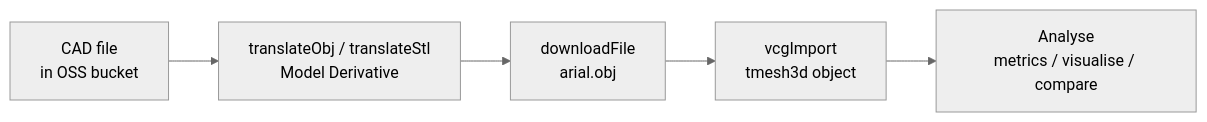
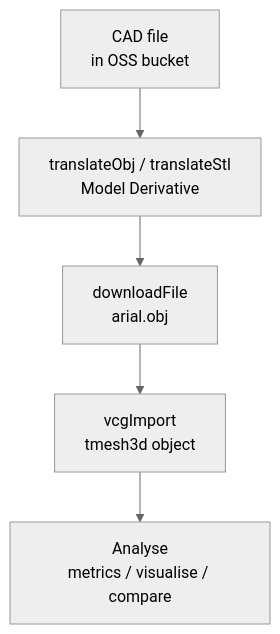
One commit to paulgovan/AutoDeskR-Book changed the diagram in mesh-reading.qmd. Above: the diagram before and after it, drawn with Mermaid (neutral theme). The commit also changed 158 other files, not shown here.

````diff
--- a/mesh-reading.qmd
+++ b/mesh-reading.qmd
@@ -9,8 +9,8 @@
 ```{mermaid}
 %%| fig-width: 4.5
-flowchart LR
+flowchart TB
   A[CAD file\nin OSS bucket] --> B[translateObj / translateStl\nModel Derivative]
   B --> C[downloadFile\narial.obj]
   C --> D[vcgImport\ntmesh3d object]
   D --> E[Analyse\nmetrics / visualise / compare]
 ```
````
